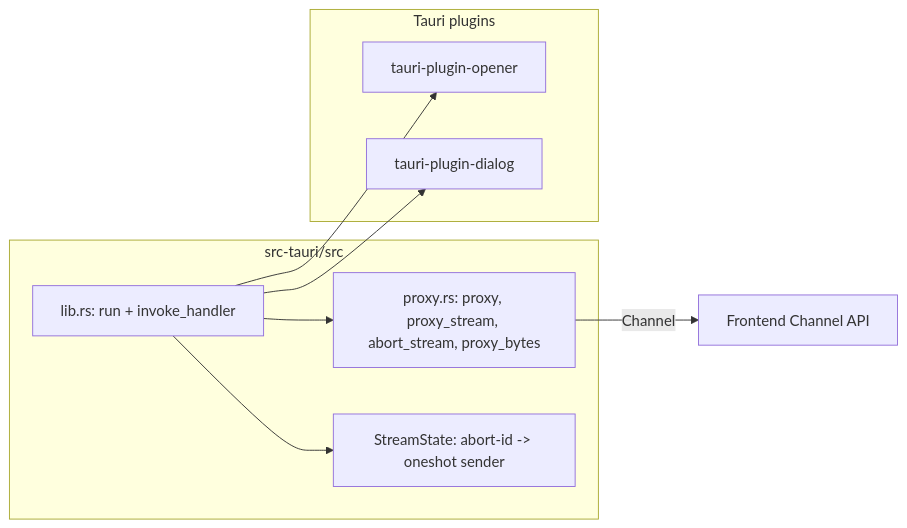
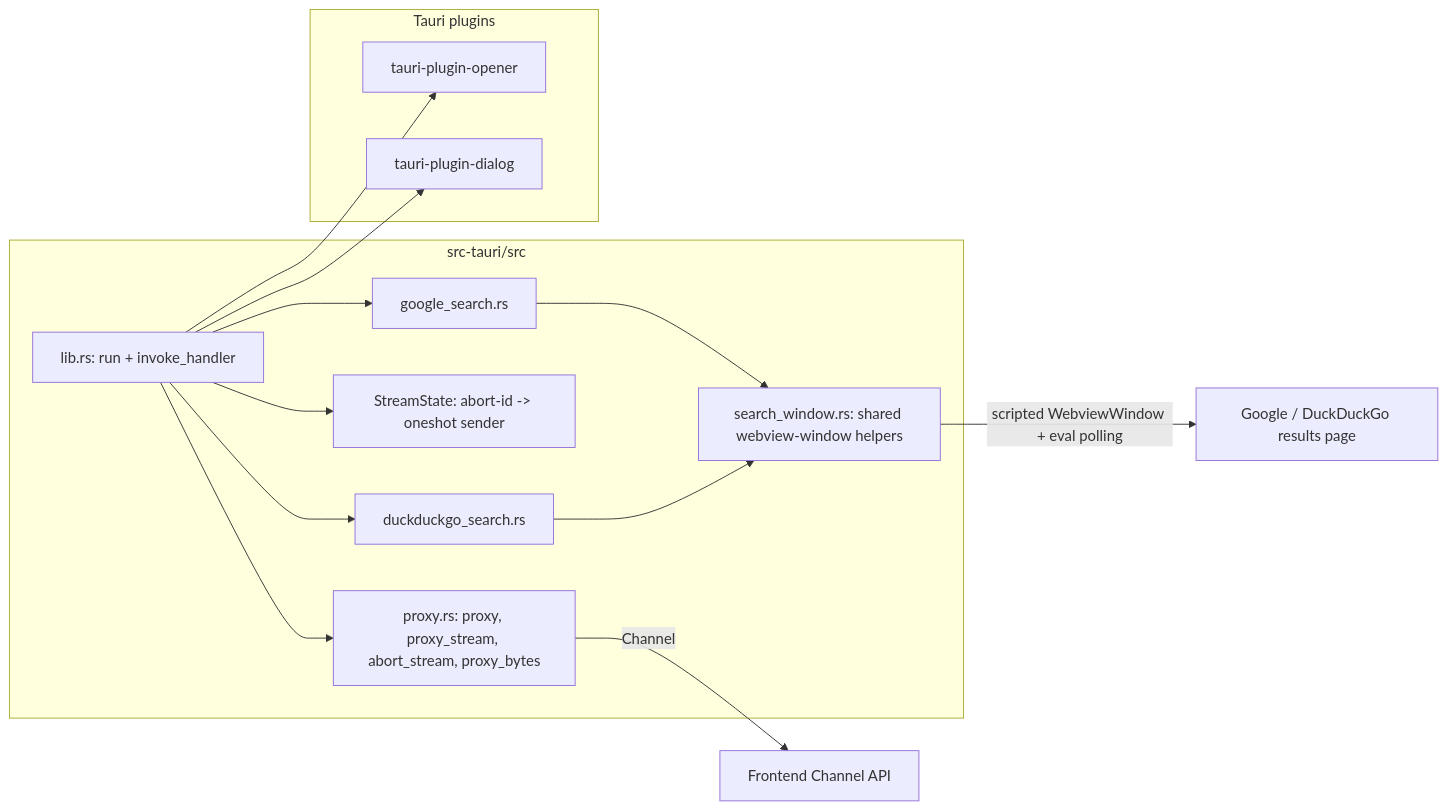
One commit to im4aLL/personal-agent changed the sixth of 10 diagrams in ARCHITECTURE.md. Above: the diagram before and after it, drawn with Mermaid. The commit also changed other lines of this file and 6 other files, not shown here.

````diff
--- a/ARCHITECTURE.md
+++ b/ARCHITECTURE.md
@@ -208,19 +222,27 @@
 ```mermaid
 flowchart LR
     subgraph Rust["src-tauri/src"]
         LIB[lib.rs: run + invoke_handler]
         PROXY[proxy.rs: proxy, proxy_stream, abort_stream, proxy_bytes]
         STATE[StreamState: abort-id -> oneshot sender]
+        GS[google_search.rs]
+        DDG[duckduckgo_search.rs]
+        SW[search_window.rs: shared webview-window helpers]
     end
 
     subgraph Plugins["Tauri plugins"]
         P1[tauri-plugin-opener]
         P2[tauri-plugin-dialog]
     end
 
     LIB --> PROXY
     LIB --> STATE
+    LIB --> GS
+    LIB --> DDG
     LIB --> P1
     LIB --> P2
+    GS --> SW
+    DDG --> SW
     PROXY -->|Channel<StreamChunk>| FRONT[Frontend Channel API]
+    SW -->|scripted WebviewWindow + eval polling| ENGINE[Google / DuckDuckGo results page]
 ```
````
